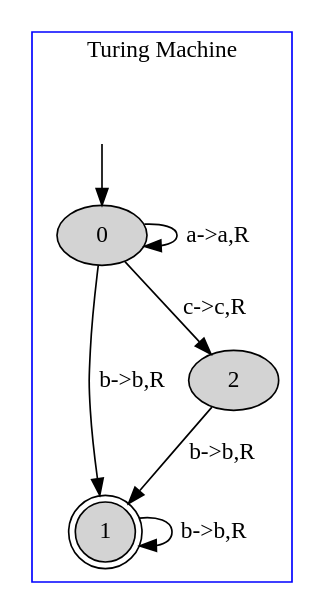
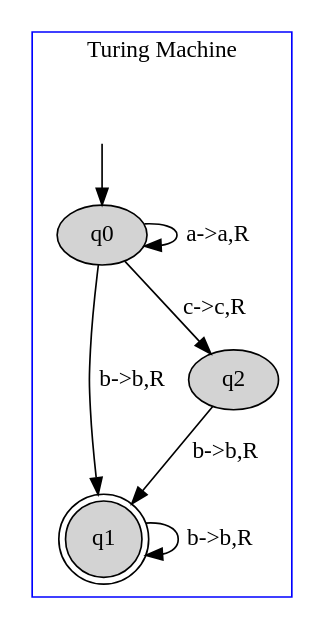
One commit to danielScLima/turing_machine changed the diagram in TM/images/file.dot. Above: the diagram before and after it, drawn with Graphviz. The commit also changed 13 other files, not shown here.

```diff
--- a/TM/images/file.dot
+++ b/TM/images/file.dot
@@ -1,17 +1,17 @@
 digraph G {
 	subgraph cluster_1 {
 		node [style=filled];
 		label = "Turing Machine"
 		color=blue;
 
-		0;
-		1 [shape="doublecircle"];
-		2;
-		0->0[label="a->a,R"];
-		0->1[label="b->b,R"];
-		0->2[label="c->c,R"];
-		1->1[label="b->b,R"];
-		2->1[label="b->b,R"];
-x [color=white, label=""];		x->0	}
+		q0;
+		q1 [shape="doublecircle"];
+		q2;
+		q0->q0[label="a->a,R"];
+		q0->q1[label="b->b,R"];
+		q0->q2[label="c->c,R"];
+		q1->q1[label="b->b,R"];
+		q2->q1[label="b->b,R"];
+x [color=white, label=""];		x->q0	}
 
 }
```
